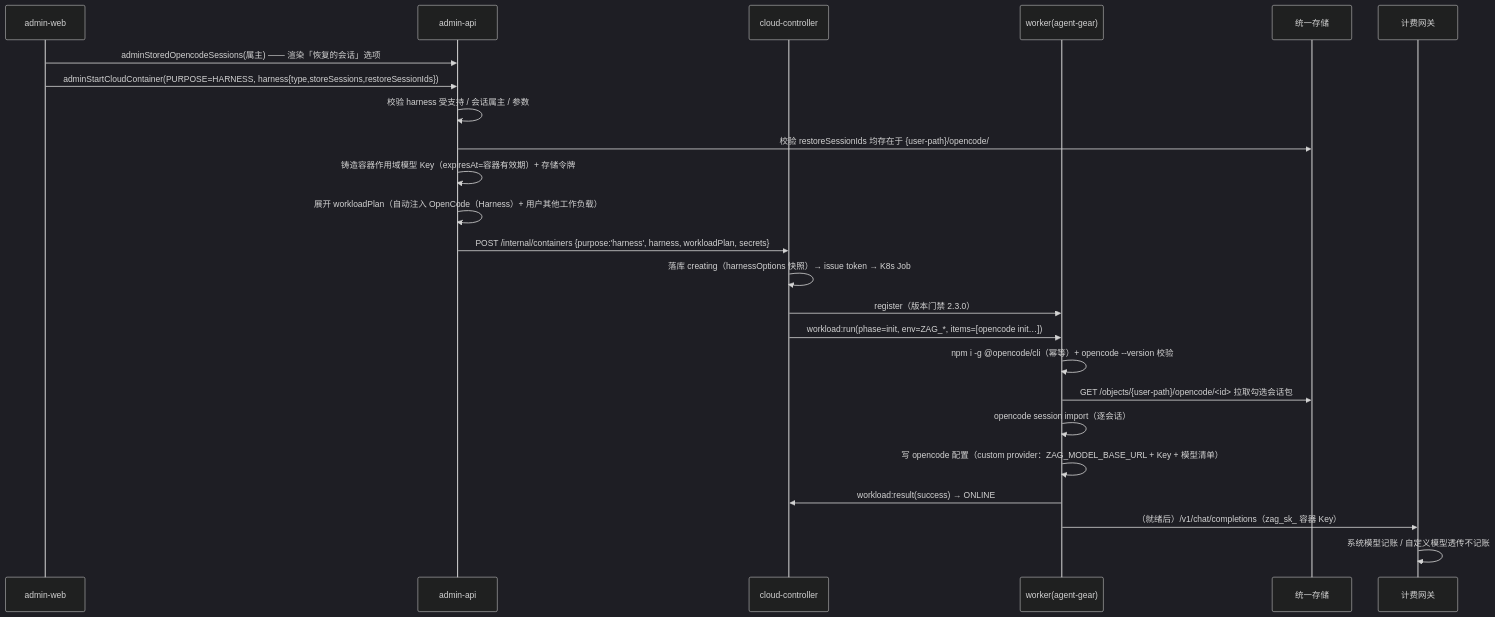
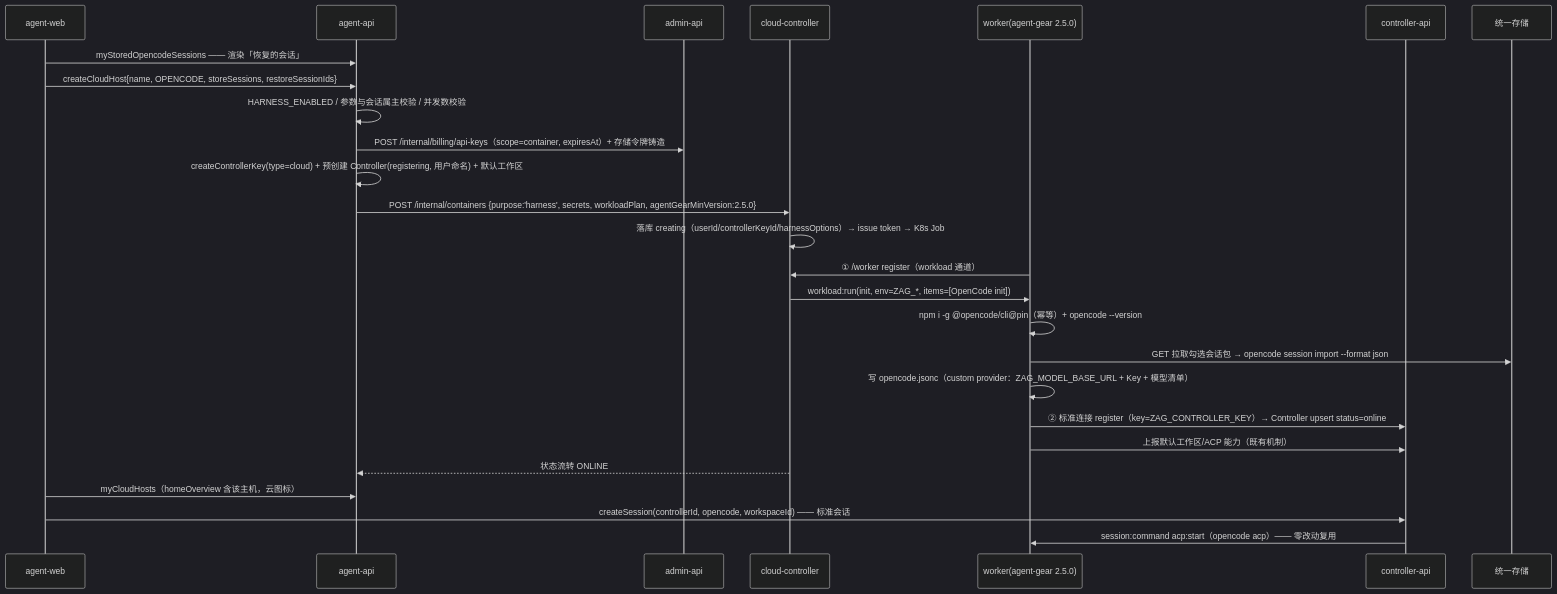
One commit to Deliay/z-agent-gear changed the third of 6 diagrams in docs/engineering/proposals/20261020-feat-container-harness-support.md. Above: the diagram before and after it, drawn with Mermaid (dark theme). The commit also changed other lines of this file and 3 other files, not shown here.

````diff
--- a/docs/engineering/proposals/20261020-feat-container-harness-support.md
+++ b/docs/engineering/proposals/20261020-feat-container-harness-support.md
@@ -447,27 +457,29 @@
 ```mermaid
 sequenceDiagram
-    participant AW as admin-web
-    participant AA as admin-api
+    participant AW as agent-web
+    participant AA as agent-api
+    participant AD as admin-api
     participant CC as cloud-controller
-    participant W as worker(agent-gear)
+    participant W as worker(agent-gear 2.5.0)
+    participant CA as controller-api
     participant ST as 统一存储
-    participant BG as 计费网关
 
-    AW->>AA: adminStoredOpencodeSessions(属主) —— 渲染「恢复的会话」选项
-    AW->>AA: adminStartCloudContainer(PURPOSE=HARNESS, harness{type,storeSessions,restoreSessionIds})
-    AA->>AA: 校验 harness 受支持 / 会话属主 / 参数
-    AA->>ST: 校验 restoreSessionIds 均存在于 {user-path}/opencode/
-    AA->>AA: 铸造容器作用域模型 Key（expiresAt=容器有效期）+ 存储令牌
-    AA->>AA: 展开 workloadPlan（自动注入 OpenCode（Harness）+ 用户其他工作负载）
-    AA->>CC: POST /internal/containers {purpose:'harness', harness, workloadPlan, secrets}
-    CC->>CC: 落库 creating（harnessOptions 快照）→ issue token → K8s Job
-    CC->>W: register（版本门禁 2.3.0）
-    CC->>W: workload:run(phase=init, env=ZAG_*, items=[opencode init…])
-    W->>W: npm i -g @opencode/cli（幂等）+ opencode --version 校验
-    W->>ST: GET /objects/{user-path}/opencode/<id> 拉取勾选会话包
-    W->>W: opencode session import（逐会话）
-    W->>W: 写 opencode 配置（custom provider：ZAG_MODEL_BASE_URL + Key + 模型清单）
-    W->>CC: workload:result(success) → ONLINE
-    W->>BG: （就绪后）/v1/chat/completions（zag_sk_ 容器 Key）
-    BG->>BG: 系统模型记账 / 自定义模型透传不记账
+    AW->>AA: myStoredOpencodeSessions —— 渲染「恢复的会话」
+    AW->>AA: createCloudHost{name, OPENCODE, storeSessions, restoreSessionIds}
+    AA->>AA: HARNESS_ENABLED / 参数与会话属主校验 / 并发数校验
+    AA->>AD: POST /internal/billing/api-keys（scope=container, expiresAt）+ 存储令牌铸造
+    AA->>AA: createControllerKey(type=cloud) + 预创建 Controller(registering, 用户命名) + 默认工作区
+    AA->>CC: POST /internal/containers {purpose:'harness', secrets, workloadPlan, agentGearMinVersion:2.5.0}
+    CC->>CC: 落库 creating（userId/controllerKeyId/harnessOptions）→ issue token → K8s Job
+    W->>CC: ① /worker register（workload 通道）
+    CC->>W: workload:run(init, env=ZAG_*, items=[OpenCode init])
+    W->>W: npm i -g @opencode/cli@pin（幂等）+ opencode --version
+    W->>ST: GET 拉取勾选会话包 → opencode session import --format json
+    W->>W: 写 opencode.jsonc（custom provider：ZAG_MODEL_BASE_URL + Key + 模型清单）
+    W->>CA: ② 标准连接 register（key=ZAG_CONTROLLER_KEY）→ Controller upsert status=online
+    W->>CA: 上报默认工作区/ACP 能力（既有机制）
+    CC-->>AA: 状态流转 ONLINE
+    AW->>AA: myCloudHosts（homeOverview 含该主机，云图标）
+    AW->>CA: createSession(controllerId, opencode, workspaceId)  —— 标准会话
+    CA->>W: session:command acp:start（opencode acp）—— 零改动复用
 ```
````
